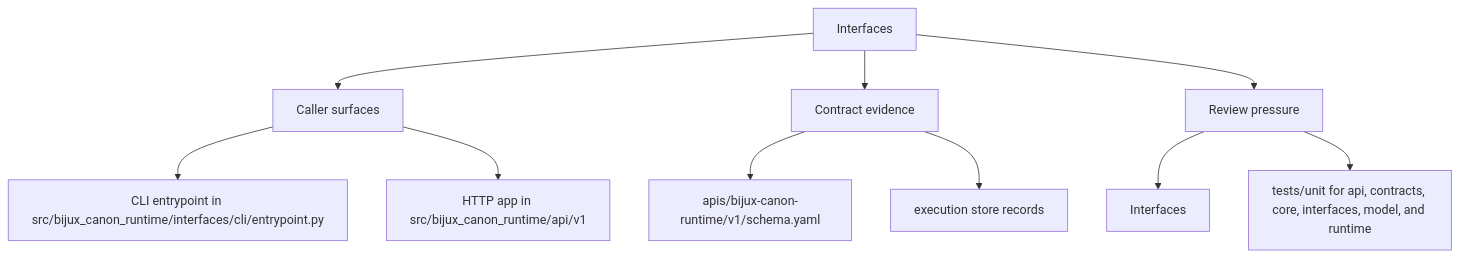
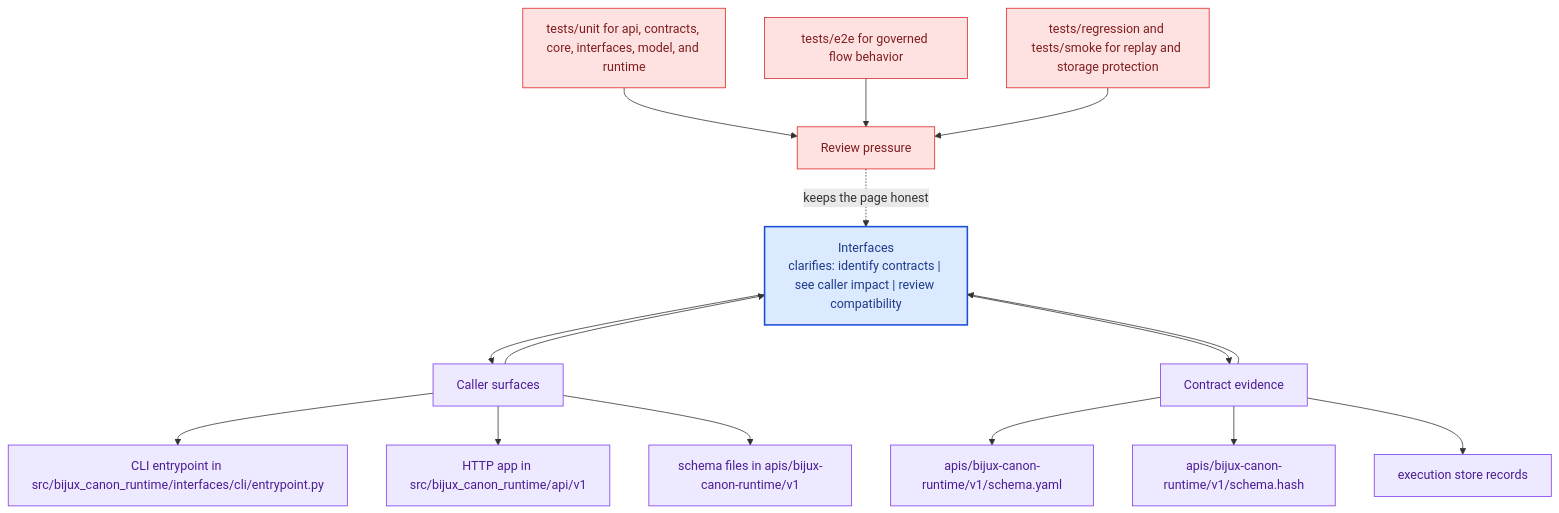
Before and after one commit to bijux/bijux-canon: the second of 2 diagrams in docs/bijux-canon-runtime/interfaces/index.md, drawn with Mermaid. The commit also changed other lines of this file and 281 other files, not shown here.

Commit message:
docs(diagrams): deepen handbook mermaid maps across the catalog

````diff
--- a/docs/bijux-canon-runtime/interfaces/index.md
+++ b/docs/bijux-canon-runtime/interfaces/index.md
@@ -32,22 +65,41 @@
 ```mermaid
-flowchart TD
-    page["Interfaces"]
+flowchart TB
+    promise["Interfaces<br/>clarifies: identify contracts | see caller impact | review compatibility"]
+    classDef promise fill:#dbeafe,stroke:#1d4ed8,color:#1e3a8a,stroke-width:2px;
+    classDef driver fill:#dcfce7,stroke:#16a34a,color:#14532d;
+    classDef constraint fill:#fee2e2,stroke:#dc2626,color:#7f1d1d;
+    classDef ground fill:#ede9fe,stroke:#7c3aed,color:#4c1d95;
     focus1["Caller surfaces"]
-    page --> focus1
+    focus1 --> promise
+    promise --> focus1
     focus1_1["CLI entrypoint in src/bijux_canon_runtime/interfaces/cli/entrypoint.py"]
     focus1 --> focus1_1
     focus1_2["HTTP app in src/bijux_canon_runtime/api/v1"]
     focus1 --> focus1_2
+    focus1_3["schema files in apis/bijux-canon-runtime/v1"]
+    focus1 --> focus1_3
+    class focus1 ground;
+    class focus1_1,focus1_2,focus1_3 ground;
     focus2["Contract evidence"]
-    page --> focus2
+    focus2 --> promise
+    promise --> focus2
     focus2_1["apis/bijux-canon-runtime/v1/schema.yaml"]
     focus2 --> focus2_1
-    focus2_2["execution store records"]
+    focus2_2["apis/bijux-canon-runtime/v1/schema.hash"]
     focus2 --> focus2_2
+    focus2_3["execution store records"]
+    focus2 --> focus2_3
+    class focus2 ground;
+    class focus2_1,focus2_2,focus2_3 ground;
     focus3["Review pressure"]
-    page --> focus3
-    focus3_1["Interfaces"]
-    focus3 --> focus3_1
-    focus3_2["tests/unit for api, contracts, core, interfaces, model, and runtime"]
-    focus3 --> focus3_2
+    focus3 -.keeps the page honest.-> promise
+    focus3_1["tests/unit for api, contracts, core, interfaces, model, and runtime"]
+    focus3_1 --> focus3
+    focus3_2["tests/e2e for governed flow behavior"]
+    focus3_2 --> focus3
+    focus3_3["tests/regression and tests/smoke for replay and storage protection"]
+    focus3_3 --> focus3
+    class focus3 constraint;
+    class focus3_1,focus3_2,focus3_3 constraint;
+    class promise promise;
 ```
````
